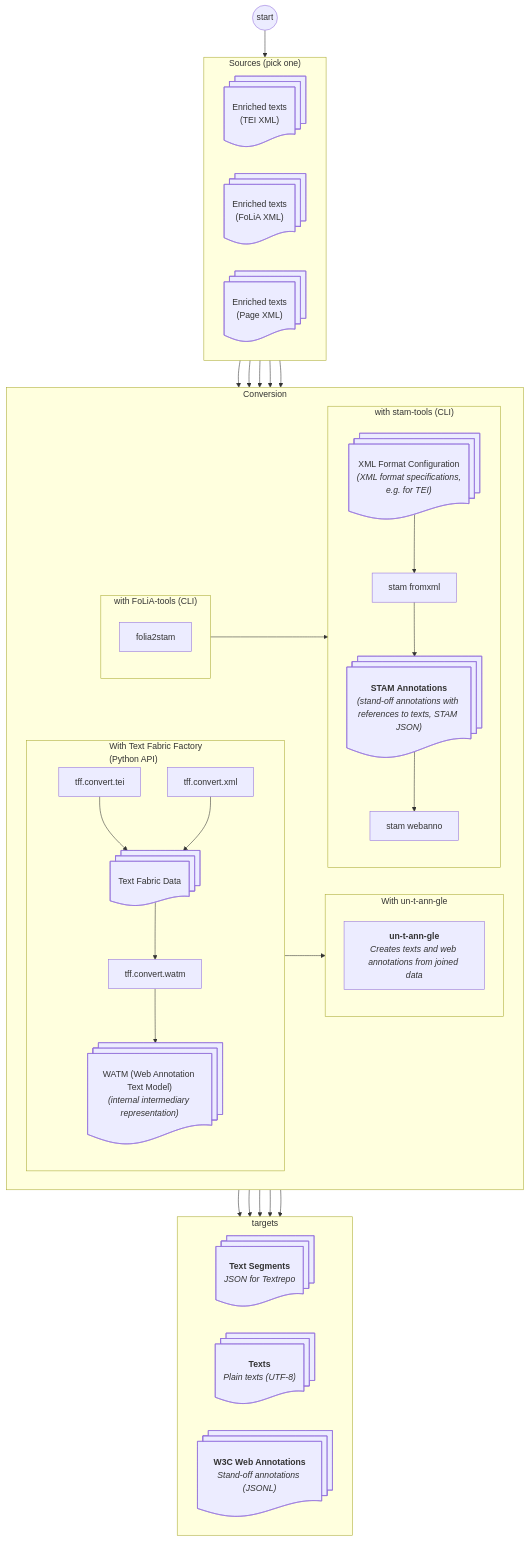
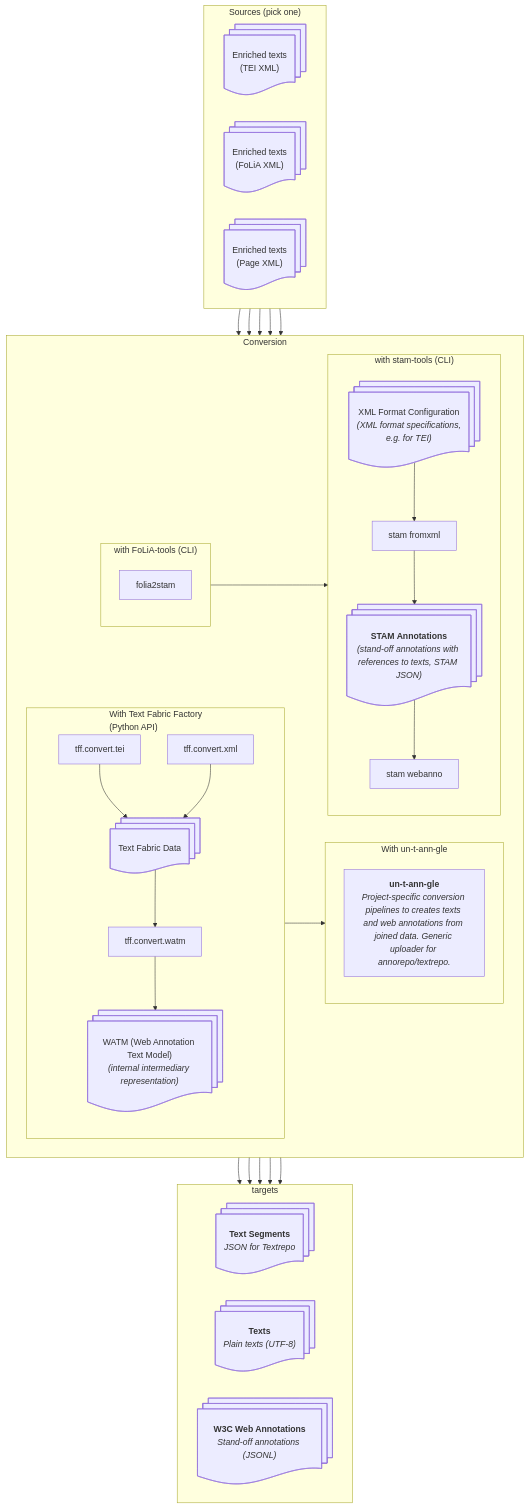
The third of 3 diagrams in README.md (knaw-huc/tt-architecture), drawn with Mermaid before and after one commit. The commit also changed other lines of this file, not shown here.

````diff
--- a/README.md
+++ b/README.md
@@ -166,77 +176,75 @@
 ```{.mermaid format=svg}
 flowchart TD
-
-    start((start)) --> sources
 
     subgraph sources["Sources (pick one)"]
         direction LR
         teisource@{ shape: docs, label: "Enriched texts<br>(TEI XML)"}
         foliasource@{ shape: docs, label: "Enriched texts<br>(FoLiA XML)"}
         pagexmlsource@{ shape: docs, label: "Enriched texts<br>(Page XML)"}
     end
 
     subgraph preprocessing["Conversion"]
         direction LR
 
         subgraph with_textfabric_factory["With Text Fabric Factory<br>(Python API)"]
             direction TB
             teisource --> tff_fromtei
             pagexmlsource --> tff_fromxml
             tff_fromtei["tff.convert.tei"]
             tff_fromxml["tff.convert.xml"]
             tfdata@{ shape: docs, label: "Text Fabric Data"}
             tff_watm["tff.convert.watm"]
             watm@{ shape: docs, label: "WATM (Web Annotation Text Model)<br><i>(internal intermediary representation)</i>"}
             tff_fromtei --> tfdata 
             tff_fromxml --> tfdata
             tfdata --> tff_watm --> watm
         end 
 
         subgraph with_untangle["With un-t-ann-gle"]
             direction TB
             watm --> untangle
-            untangle["<b>un-t-ann-gle</b><br><i>Creates texts and web annotations from joined data</i>"]
+            untangle["<b>un-t-ann-gle</b><br><i>Project-specific conversion pipelines to creates texts and web annotations from joined data. Generic uploader for annorepo/textrepo.</i>"]
         end
 
         subgraph with_folia_tools["with FoLiA-tools (CLI)"]
             direction TB
             foliasource --> folia2stam
         end
 
         subgraph with_stam_tools["with stam-tools (CLI)"]
             direction TB
             stam_xmlconfig@{ shape: docs, label: "XML Format Configuration<br><i>(XML format specifications, <br>e.g. for TEI)</i>"}
             stam_xmlconfig --> stam_fromxml
 
             stam_fromxml["stam fromxml"] 
             stam_webanno["stam webanno"]
             stam_annotations@{ shape: docs, label: "<b>STAM Annotations</b><br><i>(stand-off annotations with references to texts, STAM JSON)</i>"}
             teisource --> stam_fromxml
             pagexmlsource --> stam_fromxml
             folia2stam --> stam_annotations
             stam_fromxml --> stam_annotations
             stam_annotations --> stam_webanno
         end
 
     end
 
 
     subgraph targets
         direction LR
 
         untangle --> textsegments
         folia2stam --> texts
         stam_fromxml --> texts
         
         untangle --> webanno
         stam_webanno --> webanno
 
         texts@{ shape: docs, label: "<b>Texts</b><br><i>Plain texts (UTF-8)</i>"}
         webanno@{ shape: docs, label: "<b>W3C Web Annotations</b><br><i>Stand-off annotations (JSONL)</i>"}
 
         textsegments@{ shape: docs, label: "<b>Text Segments</b><br><i>JSON for Textrepo</i>"}
     end
 
     sources ~~~ preprocessing
     preprocessing ~~~ targets
 ```
````
